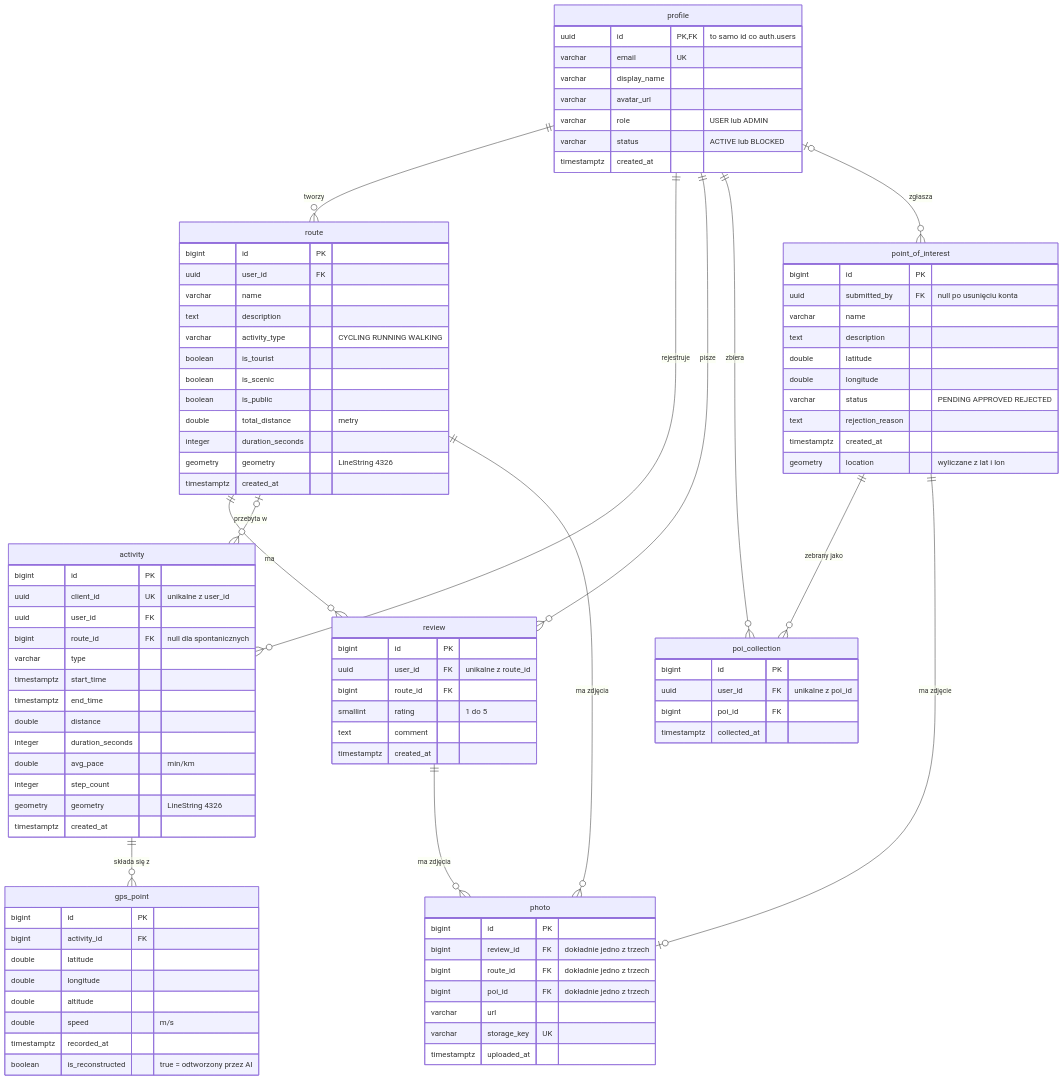
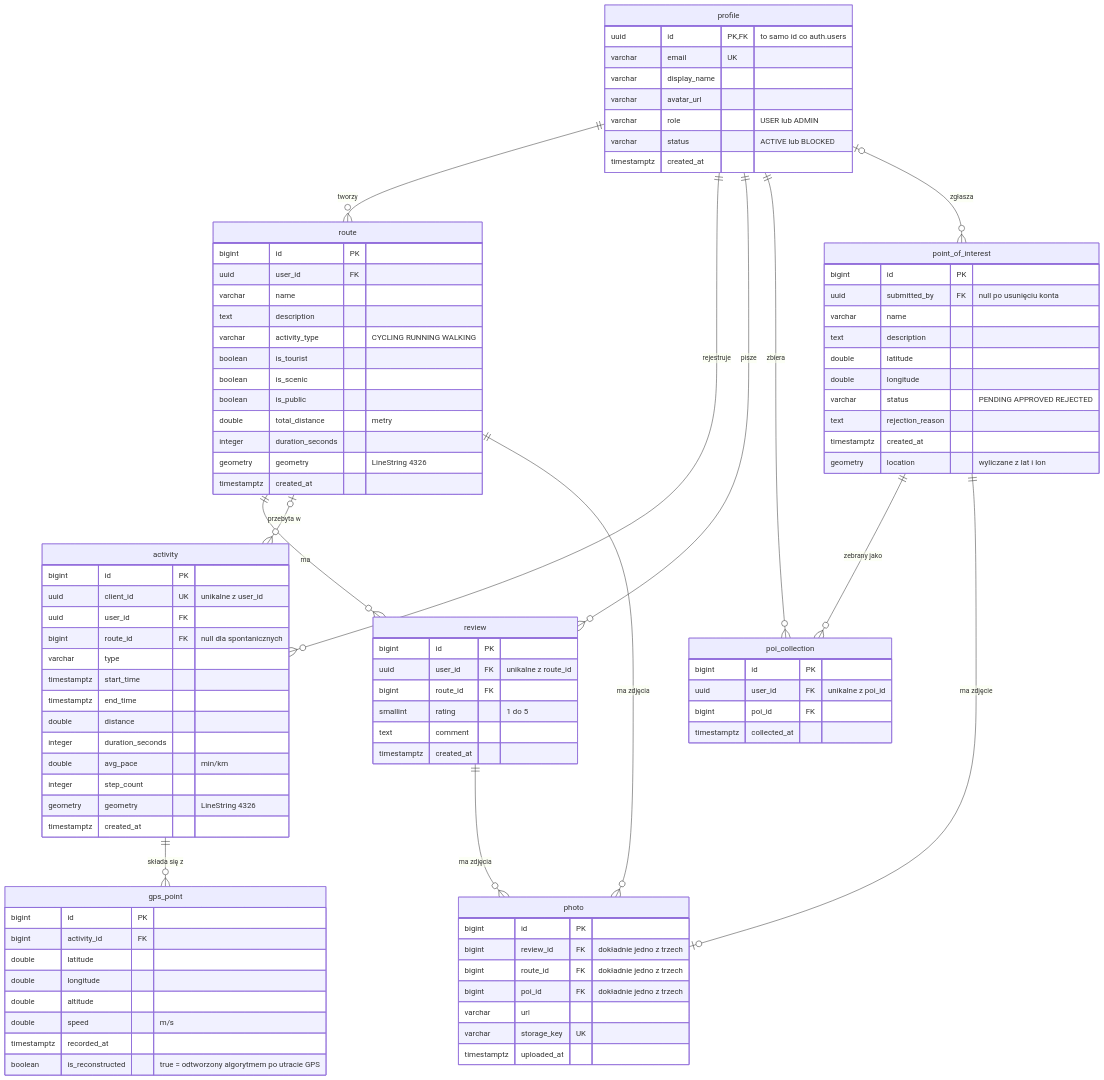
One commit to Leprex24/Trailify changed the diagram in docs/erd.mmd. Above: the diagram before and after it, drawn with Mermaid. The commit also changed 23 other files, not shown here.

```diff
--- a/docs/erd.mmd
+++ b/docs/erd.mmd
@@ -1,97 +1,97 @@
 erDiagram
     profile ||--o{ route : "tworzy"
     profile ||--o{ activity : "rejestruje"
     profile ||--o{ review : "pisze"
     profile ||--o{ poi_collection : "zbiera"
     profile |o--o{ point_of_interest : "zgłasza"
     route ||--o{ review : "ma"
     route |o--o{ activity : "przebyta w"
     activity ||--o{ gps_point : "składa się z"
     point_of_interest ||--o{ poi_collection : "zebrany jako"
     route ||--o{ photo : "ma zdjęcia"
     review ||--o{ photo : "ma zdjęcia"
     point_of_interest ||--o| photo : "ma zdjęcie"
 
     profile {
         uuid id PK,FK "to samo id co auth.users"
         varchar email UK
         varchar display_name
         varchar avatar_url
         varchar role "USER lub ADMIN"
         varchar status "ACTIVE lub BLOCKED"
         timestamptz created_at
     }
     route {
         bigint id PK
         uuid user_id FK
         varchar name
         text description
         varchar activity_type "CYCLING RUNNING WALKING"
         boolean is_tourist
         boolean is_scenic
         boolean is_public
         double total_distance "metry"
         integer duration_seconds
         geometry geometry "LineString 4326"
         timestamptz created_at
     }
     activity {
         bigint id PK
         uuid client_id UK "unikalne z user_id"
         uuid user_id FK
         bigint route_id FK "null dla spontanicznych"
         varchar type
         timestamptz start_time
         timestamptz end_time
         double distance
         integer duration_seconds
         double avg_pace "min/km"
         integer step_count
         geometry geometry "LineString 4326"
         timestamptz created_at
     }
     gps_point {
         bigint id PK
         bigint activity_id FK
         double latitude
         double longitude
         double altitude
         double speed "m/s"
         timestamptz recorded_at
-        boolean is_reconstructed "true = odtworzony przez AI"
+        boolean is_reconstructed "true = odtworzony algorytmem po utracie GPS"
     }
     review {
         bigint id PK
         uuid user_id FK "unikalne z route_id"
         bigint route_id FK
         smallint rating "1 do 5"
         text comment
         timestamptz created_at
     }
     photo {
         bigint id PK
         bigint review_id FK "dokładnie jedno z trzech"
         bigint route_id FK "dokładnie jedno z trzech"
         bigint poi_id FK "dokładnie jedno z trzech"
         varchar url
         varchar storage_key UK
         timestamptz uploaded_at
     }
     point_of_interest {
         bigint id PK
         uuid submitted_by FK "null po usunięciu konta"
         varchar name
         text description
         double latitude
         double longitude
         varchar status "PENDING APPROVED REJECTED"
         text rejection_reason
         timestamptz created_at
         geometry location "wyliczane z lat i lon"
     }
     poi_collection {
         bigint id PK
         uuid user_id FK "unikalne z poi_id"
         bigint poi_id FK
         timestamptz collected_at
     }
```
